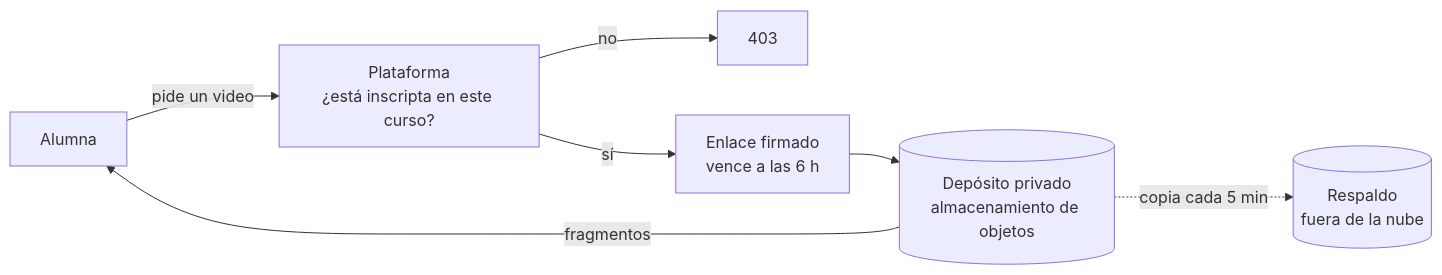
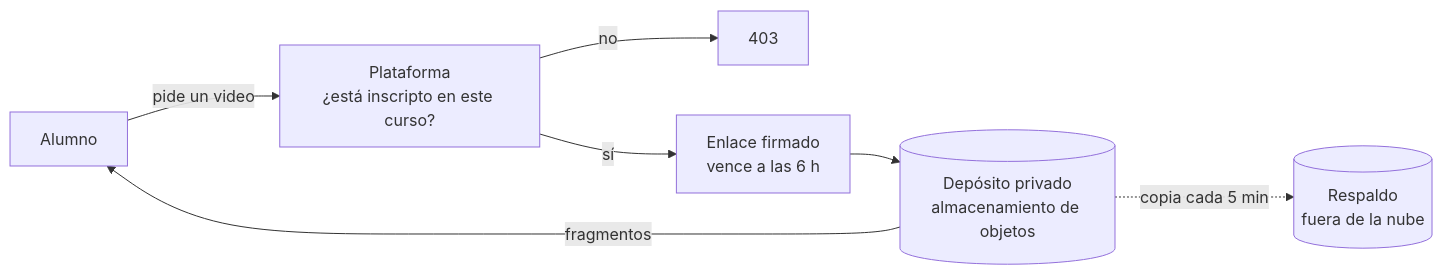
The third of 3 diagrams in README.md (druidatech-net/artedehoy-web), drawn with Mermaid before and after one commit. The commit also changed other lines of this file and 1 other file, not shown here.

````diff
--- a/README.md
+++ b/README.md
@@ -117,9 +117,9 @@
 ```mermaid
 flowchart LR
-    A[Alumna] -->|pide un video| P[Plataforma<br/>¿está inscripta en este curso?]
+    A[Alumno] -->|pide un video| P[Plataforma<br/>¿está inscripto en este curso?]
     P -->|no| X[403]
     P -->|sí| F[Enlace firmado<br/>vence a las 6 h]
     F --> R[(Depósito privado<br/>almacenamiento de objetos)]
     R -->|fragmentos| A
     R -.->|copia cada 5 min| B[(Respaldo<br/>fuera de la nube)]
 ```
````
